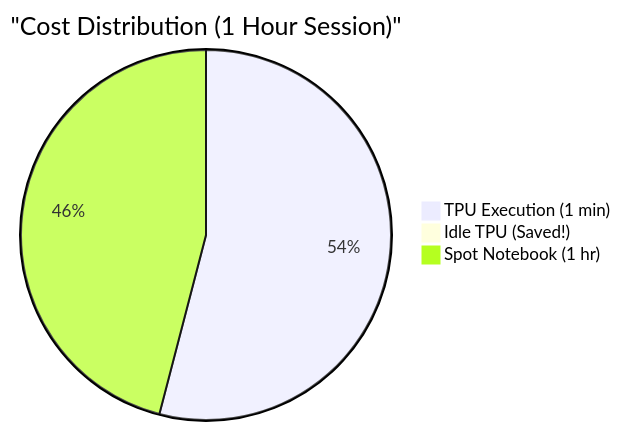
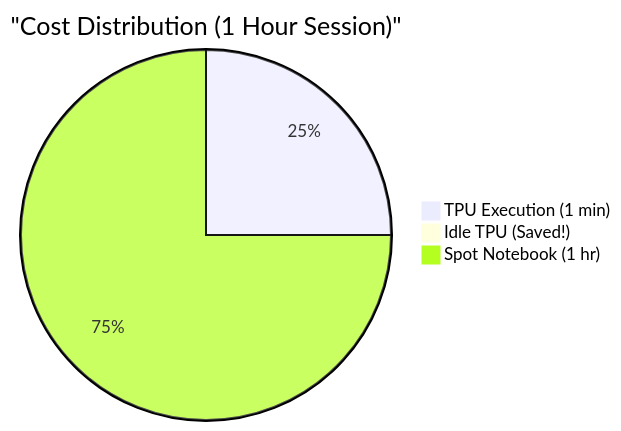
The diagram in docs/cost_management.md (ayushmorbar/shared-tpu-notebooks), drawn with Mermaid before and after one commit. The commit also changed other lines of this file and 5 other files, not shown here.

````diff
--- a/docs/cost_management.md
+++ b/docs/cost_management.md
@@ -42,6 +42,6 @@
 ```mermaid
 pie title "Cost Distribution (1 Hour Session)"
     "TPU Execution (1 min)" : 2
     "Idle TPU (Saved!)" : 0
-    "Spot Notebook (1 hr)" : 1.7
+    "Spot Notebook (1 hr)" : 6
 ```
````
